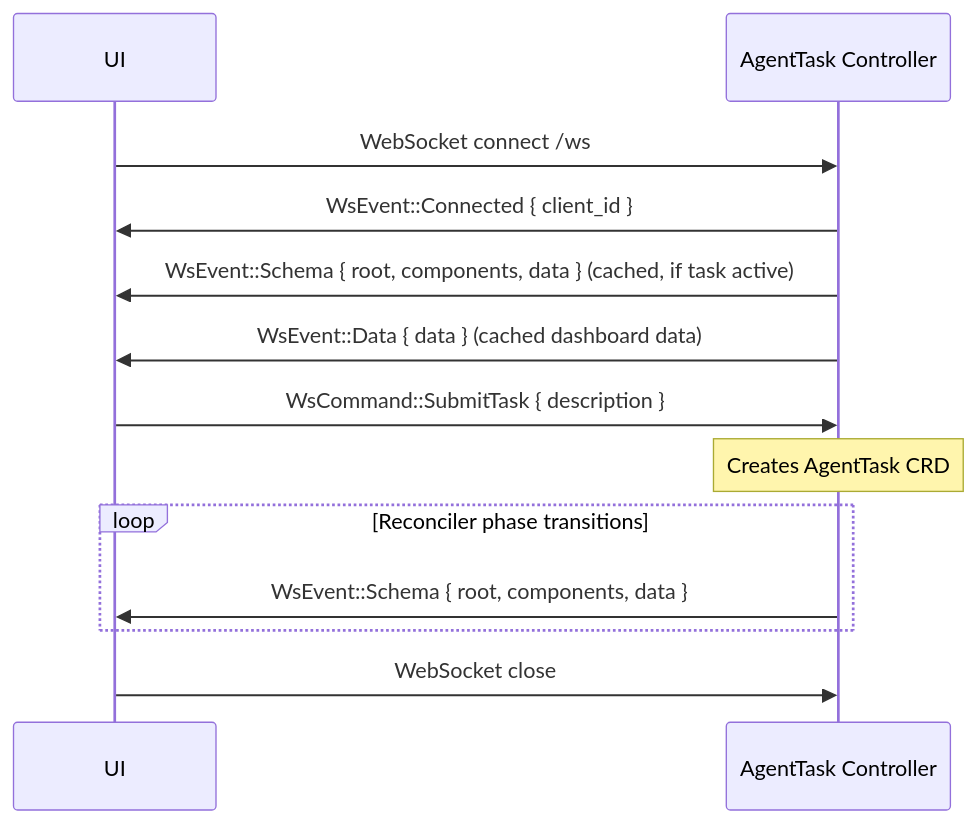
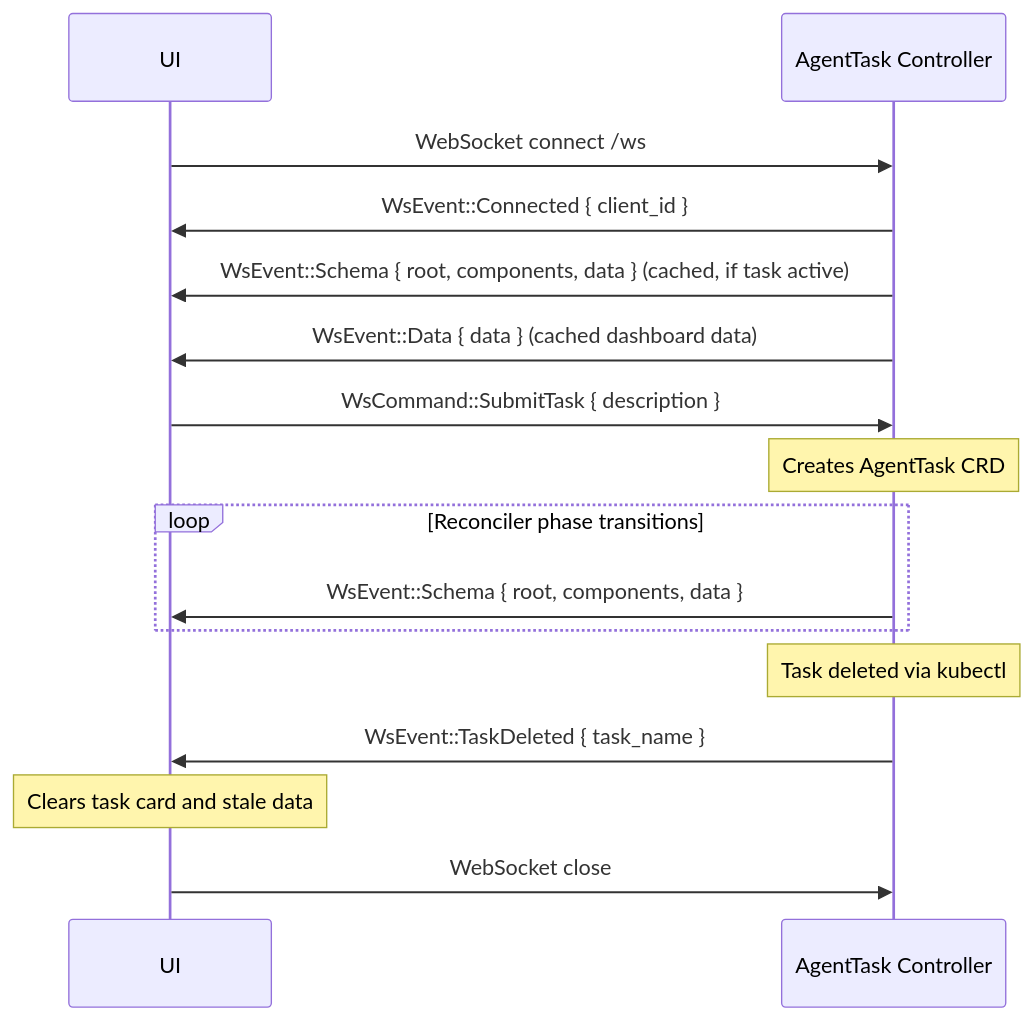
One commit to dshcherbatiuk/forgemaster changed the first of 2 diagrams in docs/arch/15-ws-protocol.md. Above: the diagram before and after it, drawn with Mermaid. The commit also changed other lines of this file and 11 other files, not shown here.

````diff
--- a/docs/arch/15-ws-protocol.md
+++ b/docs/arch/15-ws-protocol.md
@@ -24,19 +25,23 @@
 ```mermaid
 sequenceDiagram
     participant UI
     participant Controller as AgentTask Controller
 
     UI->>Controller: WebSocket connect /ws
     Controller->>UI: WsEvent::Connected { client_id }
     Controller->>UI: WsEvent::Schema { root, components, data } (cached, if task active)
     Controller->>UI: WsEvent::Data { data } (cached dashboard data)
 
     UI->>Controller: WsCommand::SubmitTask { description }
     Note over Controller: Creates AgentTask CRD
 
     loop Reconciler phase transitions
         Controller->>UI: WsEvent::Schema { root, components, data }
     end
 
+    Note over Controller: Task deleted via kubectl
+    Controller->>UI: WsEvent::TaskDeleted { task_name }
+    Note over UI: Clears task card and stale data
+
     UI->>Controller: WebSocket close
 ```
````
